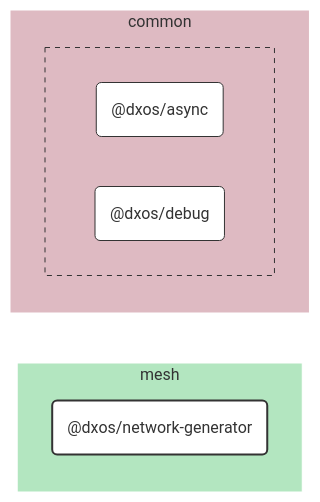
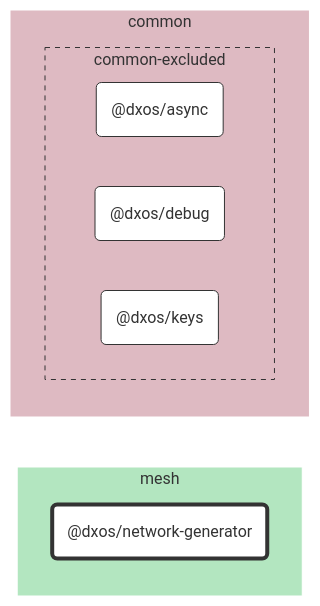
The diagram in packages/mesh/network-generator/docs/README.md (dxos/dxos), drawn with Mermaid before and after one commit. The commit also changed other lines of this file and 683 other files, not shown here.

````diff
--- a/packages/mesh/network-generator/docs/README.md
+++ b/packages/mesh/network-generator/docs/README.md
@@ -7,41 +7,34 @@
 ```mermaid
 %%{ init: {'flowchart':{'curve':'basis'}} }%%
 
 flowchart LR
 
-%% Links
+%% Classes
+classDef def fill:#fff,stroke:#333,stroke-width:1px
+classDef root fill:#fff,stroke:#333,stroke-width:4px
 
-%% Sections
-subgraph mesh
-  style mesh fill:#b3e6c0,stroke:#fff;
+%% Nodes
 
-  dxos/network-generator("@dxos/network-generator")
+subgraph mesh [mesh]
+  style mesh fill:#b3e6c0,stroke:#fff
+  dxos/network-generator("@dxos/network-generator"):::root
+  click dxos/network-generator "dxos/dxos/tree/main/packages/mesh/network-generator/docs"
 end
 
-subgraph common
-  style common fill:#debac2,stroke:#fff;
+subgraph common [common]
+  style common fill:#debac2,stroke:#fff
 
-
-  subgraph common-excluded [ ]
-    style common-excluded fill:#debac2,stroke:#333,stroke-dasharray:5 5;
-
-    dxos/async("@dxos/async")
-    dxos/debug("@dxos/debug")
+  subgraph common-excluded [common-excluded]
+    style common-excluded fill:#debac2,stroke:#333,stroke-dasharray:5 5
+    dxos/async("@dxos/async"):::def
+    click dxos/async "dxos/dxos/tree/main/packages/common/async/docs"
+    dxos/debug("@dxos/debug"):::def
+    click dxos/debug "dxos/dxos/tree/main/packages/common/debug/docs"
+    dxos/keys("@dxos/keys"):::def
+    click dxos/keys "dxos/dxos/tree/main/packages/common/keys/docs"
   end
 end
 
-
-%% Hyperlinks
-click dxos/async "dxos/dxos/tree/main/packages/common/async/docs";
-click dxos/debug "dxos/dxos/tree/main/packages/common/debug/docs";
-
-%% Styles
-classDef rootNode fill:#fff,stroke:#333,stroke-width:2px
-classDef defaultNode fill:#fff,stroke:#333,stroke-width:1px
+%% Links
 linkStyle default stroke:#333,stroke-width:1px
-
-dxos/network-generator:::rootNode
-
-dxos/async:::defaultNode
-dxos/debug:::defaultNode
 ```
````
